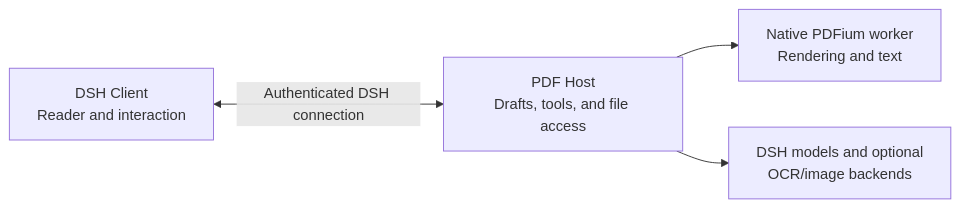
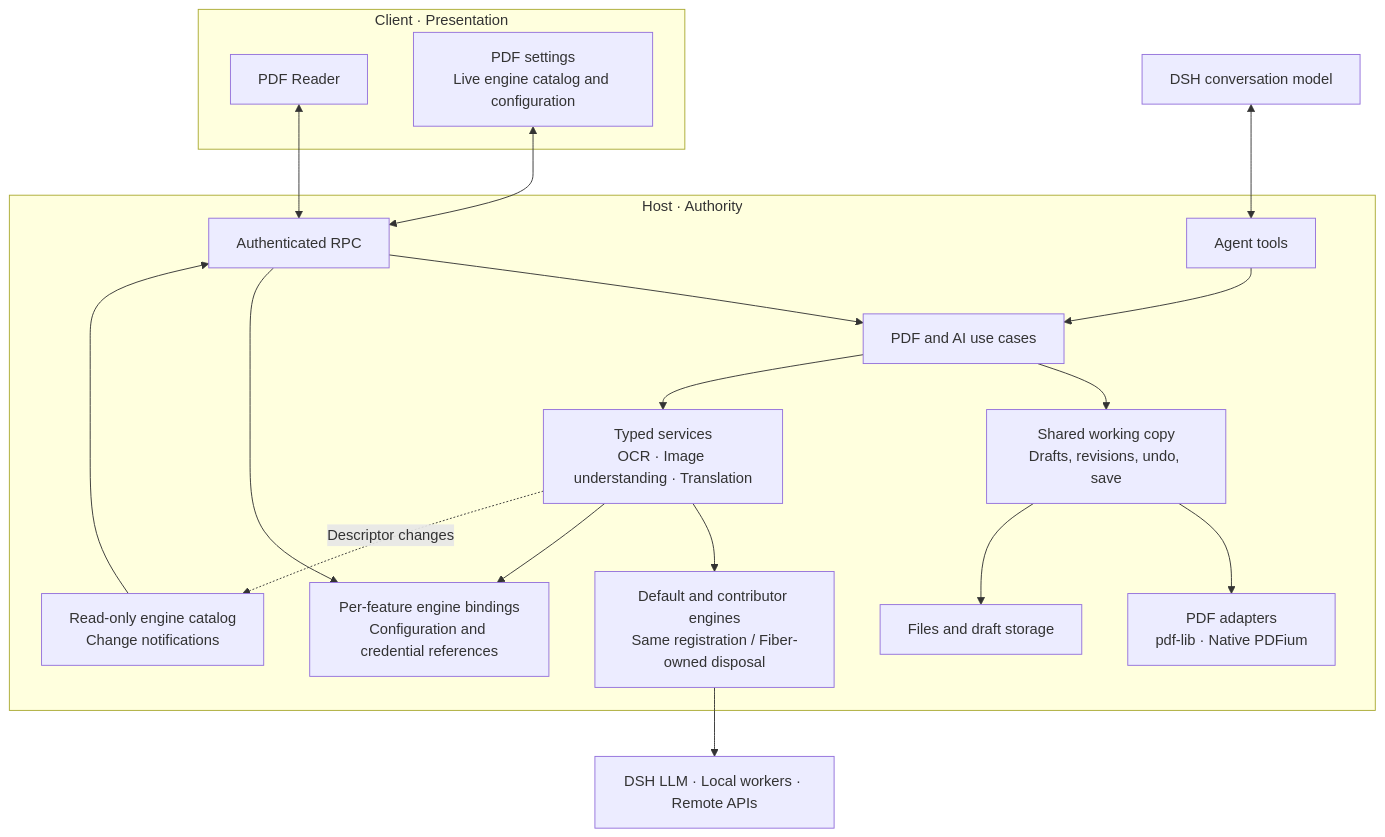
Before and after one commit to dingyiliao/dsh-bundle-pdf: the diagram in README.md, drawn with Mermaid. The commit also changed other lines of this file and 169 other files, not shown here.

First line of the commit message:
feat(pdf)!: unify working copies and extensible AI tools

````diff
--- a/README.md
+++ b/README.md
@@ -52,6 +56,34 @@
 ```mermaid
-flowchart LR
-  C["DSH Client<br/>Reader and interaction"] <-->|Authenticated DSH connection| H["PDF Host<br/>Drafts, tools, and file access"]
-  H --> N["Native PDFium worker<br/>Rendering and text"]
-  H --> M["DSH models and optional<br/>OCR/image backends"]
+flowchart TB
+  subgraph Client["Client · Presentation"]
+    Reader["PDF Reader"]
+    Settings["PDF settings<br/>Live engine catalog and configuration"]
+  end
+  subgraph Host["Host · Authority"]
+    RPC["Authenticated RPC"]
+    Tools["Agent tools"]
+    Features["PDF and AI use cases"]
+    Copy["Shared working copy<br/>Drafts, revisions, undo, save"]
+    AI["Typed services<br/>OCR · Image understanding · Translation"]
+    Catalog["Read-only engine catalog<br/>Change notifications"]
+    Config["Per-feature engine bindings<br/>Configuration and credential references"]
+    Backends["Default and contributor engines<br/>Same registration / Fiber-owned disposal"]
+    Native["PDF adapters<br/>pdf-lib · Native PDFium"]
+    Files["Files and draft storage"]
+    RPC --> Features
+    Tools --> Features
+    Features --> Copy
+    Features --> AI
+    Copy --> Native
+    Copy --> Files
+    AI --> Backends
+    AI --> Config
+    AI -. "Descriptor changes" .-> Catalog
+    Catalog --> RPC
+    RPC --> Config
+  end
+  Reader <--> RPC
+  Settings <--> RPC
+  Model["DSH conversation model"] <--> Tools
+  Backends --> Dependencies["DSH LLM · Local workers · Remote APIs"]
 ```
````
